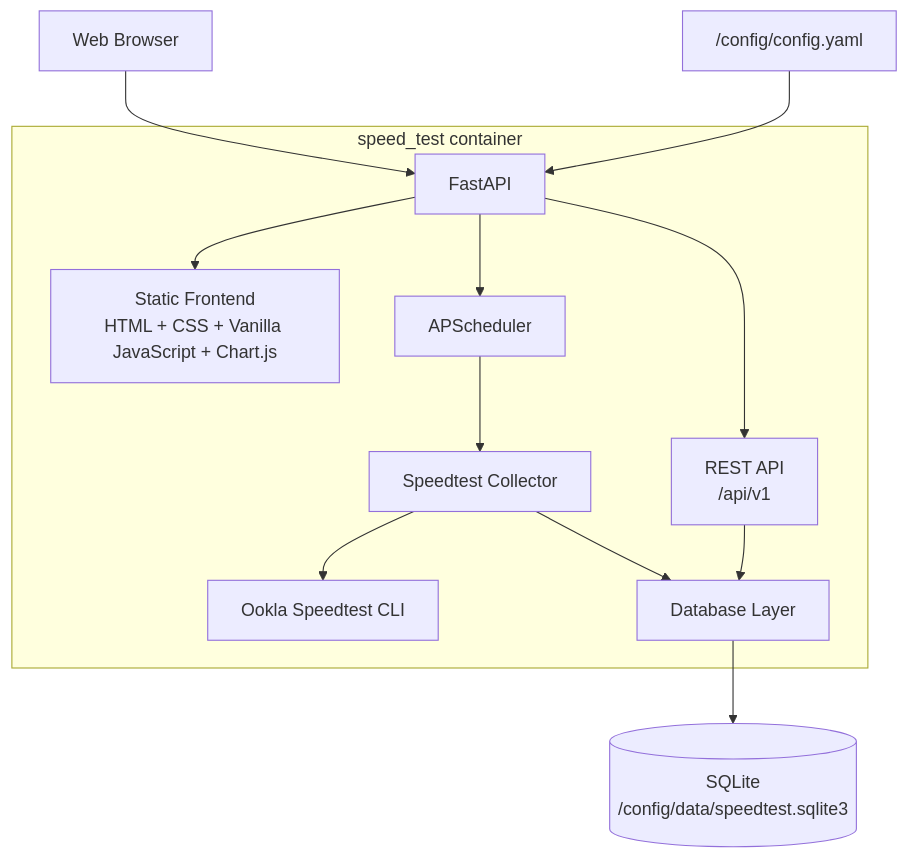
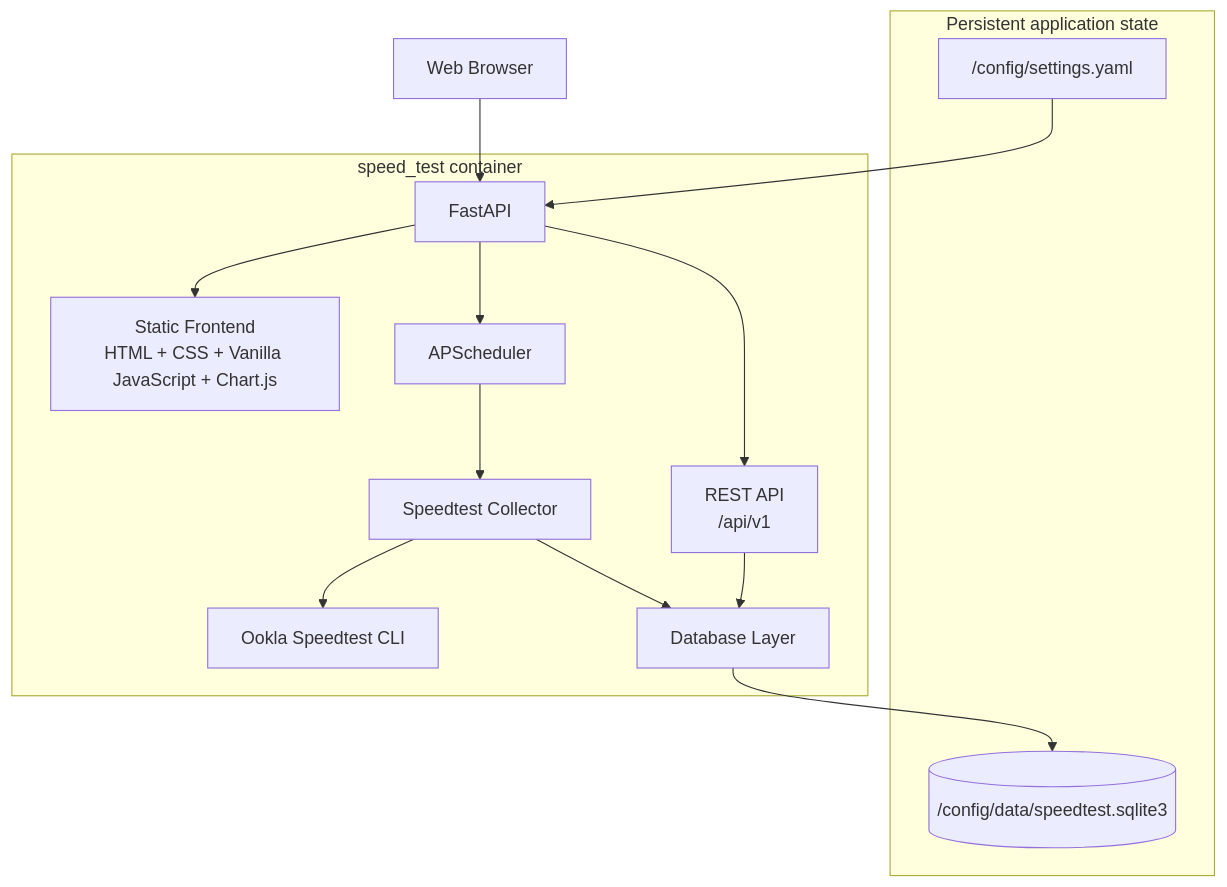
Before and after one commit to cristianCanek/speed_test: the second of 2 diagrams in README.md, drawn with Mermaid. The commit also changed other lines of this file and 2 other files, not shown here.

````diff
--- a/README.md
+++ b/README.md
@@ -116,29 +154,31 @@
 ```mermaid
 flowchart TB
-    Browser["Web Browser"]
+    subgraph PersistentState["Persistent application state"]
+        Config["/config/settings.yaml"]
+        SQLite[("/config/data/speedtest.sqlite3")]
+    end
 
     subgraph Container["speed_test container"]
         FastAPI["FastAPI"]
         Frontend["Static Frontend<br/>HTML + CSS + Vanilla JavaScript + Chart.js"]
         API["REST API<br/>/api/v1"]
         Scheduler["APScheduler"]
         Collector["Speedtest Collector"]
         Ookla["Ookla Speedtest CLI"]
         Database["Database Layer"]
 
         FastAPI --> Frontend
         FastAPI --> API
         FastAPI --> Scheduler
         Scheduler --> Collector
         Collector --> Ookla
         Collector --> Database
         API --> Database
     end
-
-    SQLite[("SQLite<br/>/config/data/speedtest.sqlite3")]
-    Config["/config/config.yaml"]
+    
+    Browser["Web Browser"]
 
     Browser --> FastAPI
     Database --> SQLite
     Config --> FastAPI
 ```
````
